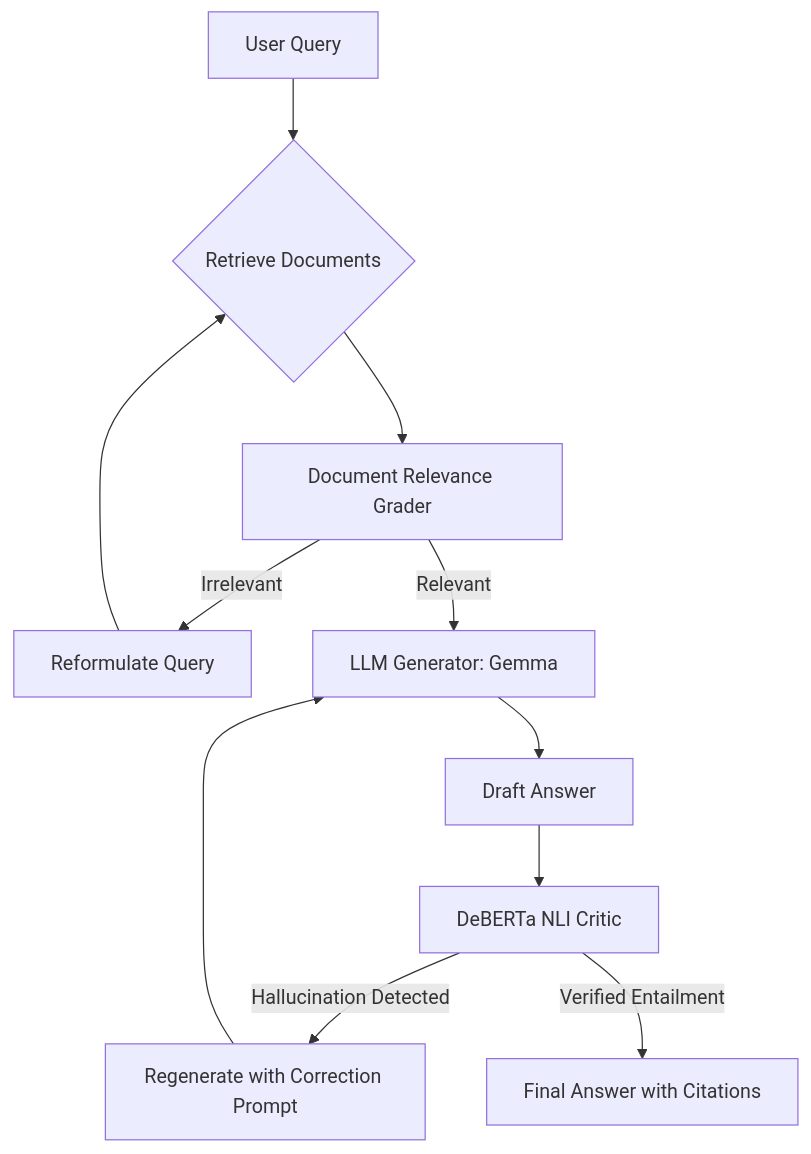
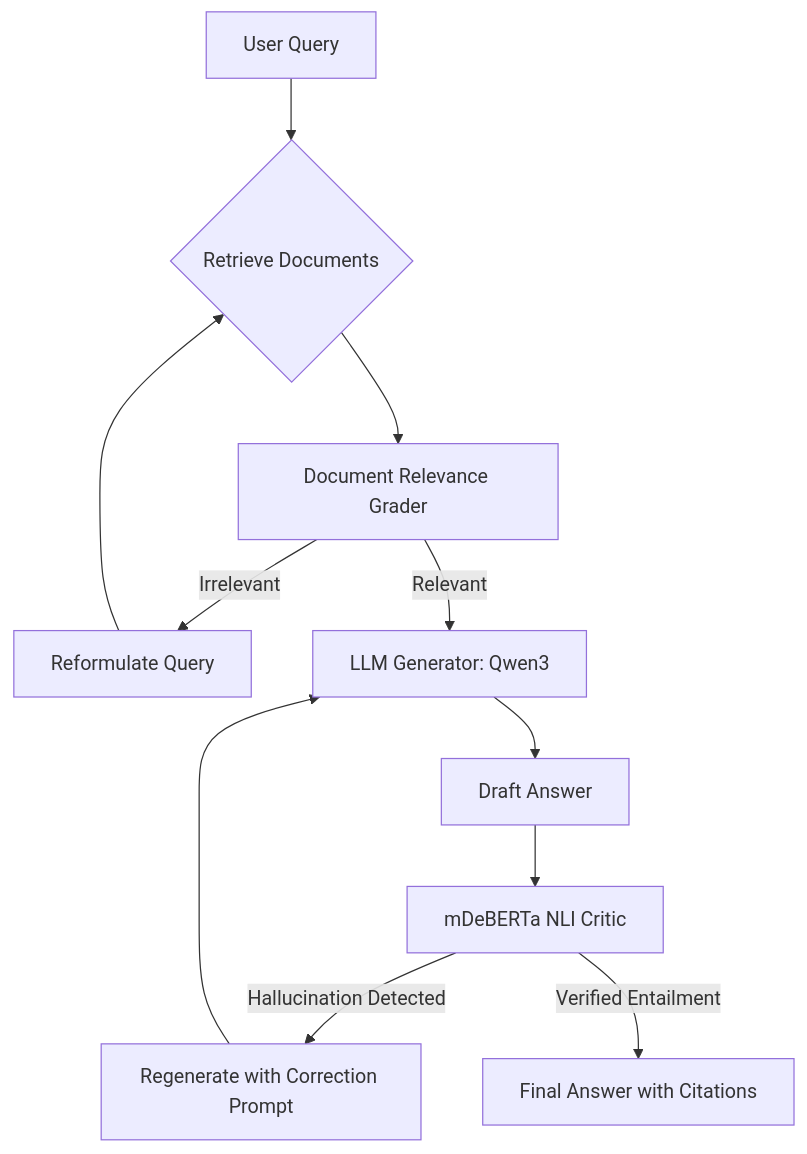
The diagram in README.md (DarshanKarna/AGENTIC-RAG-WITH-SELF-CORRECTION-AND-CITATION-HIGHLIGHTING), drawn with Mermaid before and after one commit. The commit also changed other lines of this file, not shown here.

Commit message:
docs(readme): update model references to multilingual stack (bge-m3, qwen3, mDeBERTa-xnli)

````diff
--- a/README.md
+++ b/README.md
@@ -24,11 +24,11 @@
 ```mermaid
 graph TD
     A[User Query] --> B{Retrieve Documents}
     B --> C[Document Relevance Grader]
     C -- Irrelevant --> D[Reformulate Query] --> B
-    C -- Relevant --> E[LLM Generator: Gemma]
+    C -- Relevant --> E[LLM Generator: Qwen3]
     E --> F[Draft Answer]
-    F --> G[DeBERTa NLI Critic]
+    F --> G[mDeBERTa NLI Critic]
     G -- Hallucination Detected --> H[Regenerate with Correction Prompt] --> E
     G -- Verified Entailment --> I[Final Answer with Citations]
 ```
````
